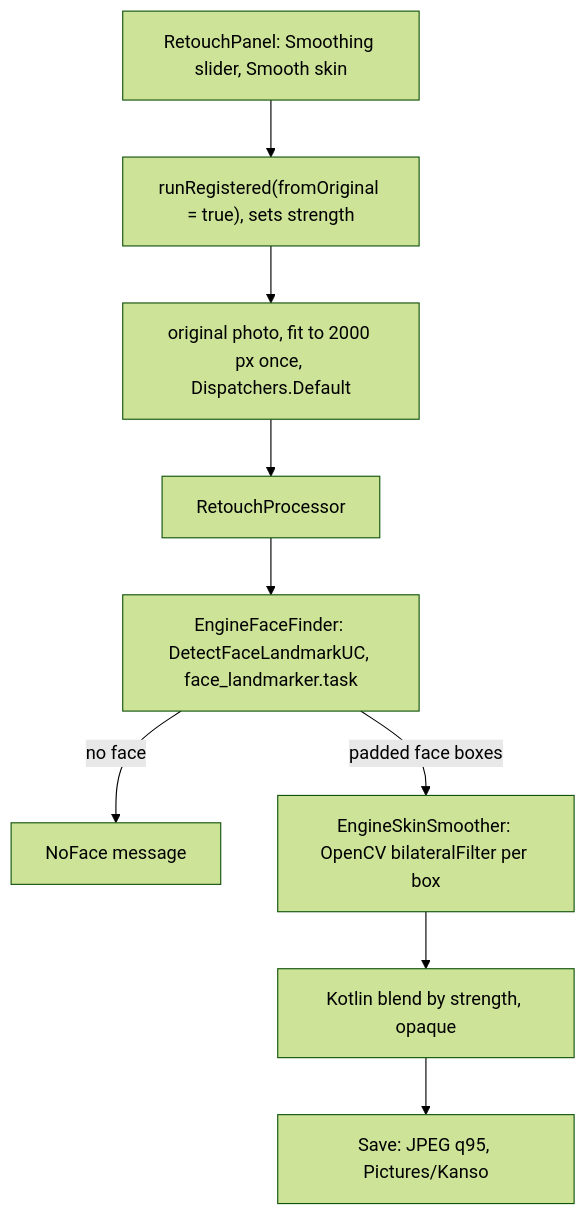
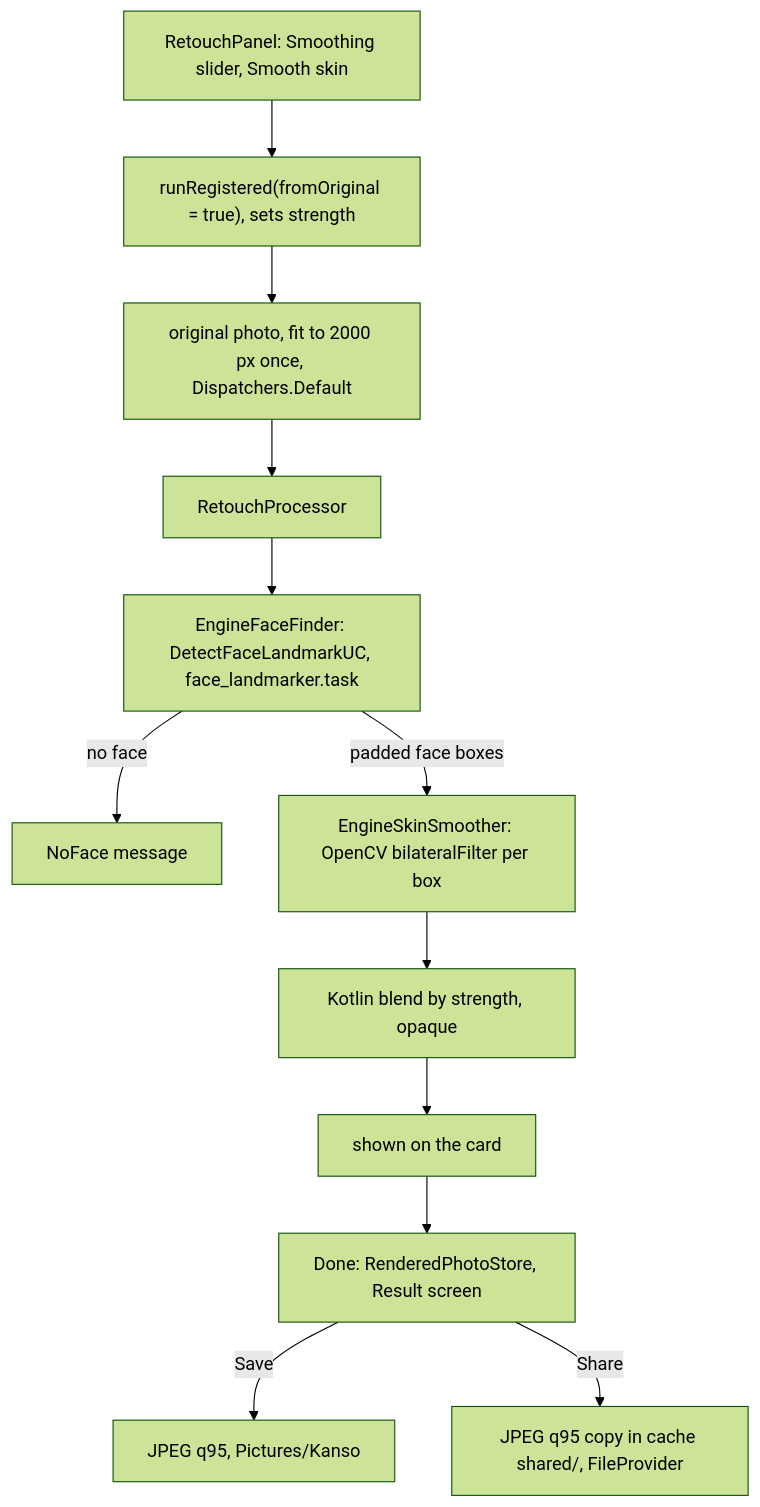
One commit to Phong-Kaster/Kanso changed the diagram in docs/features/retouch.md. Above: the diagram before and after it, drawn with Mermaid (forest theme). The commit also changed other lines of this file and 39 other files, not shown here.

````diff
--- a/docs/features/retouch.md
+++ b/docs/features/retouch.md
@@ -44,11 +48,14 @@
 ```mermaid
 flowchart TD
     A["RetouchPanel: Smoothing slider, Smooth skin"] --> B["runRegistered(fromOriginal = true), sets strength"]
     B --> C["original photo, fit to 2000 px once, Dispatchers.Default"]
     C --> D["RetouchProcessor"]
     D --> E["EngineFaceFinder: DetectFaceLandmarkUC, face_landmarker.task"]
     E -->|"no face"| N["NoFace message"]
     E -->|"padded face boxes"| F["EngineSkinSmoother: OpenCV bilateralFilter per box"]
     F --> G["Kotlin blend by strength, opaque"]
-    G --> H["Save: JPEG q95, Pictures/Kanso"]
+    G --> I["shown on the card"]
+    I --> K["Done: RenderedPhotoStore, Result screen"]
+    K -->|Save| H["JPEG q95, Pictures/Kanso"]
+    K -->|Share| L["JPEG q95 copy in cache shared/, FileProvider"]
 ```
````
